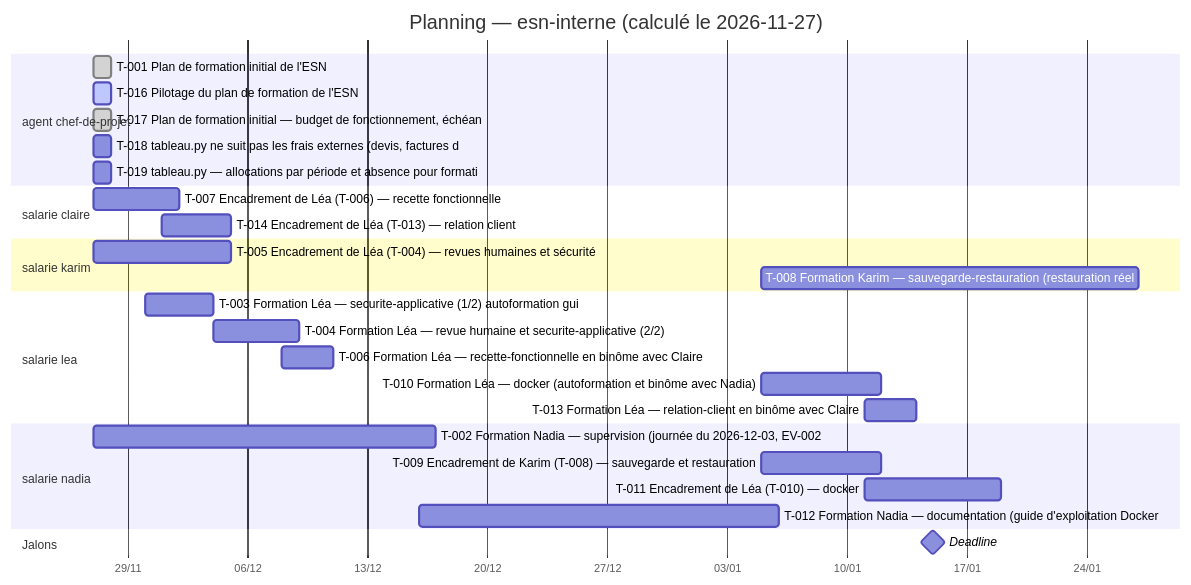
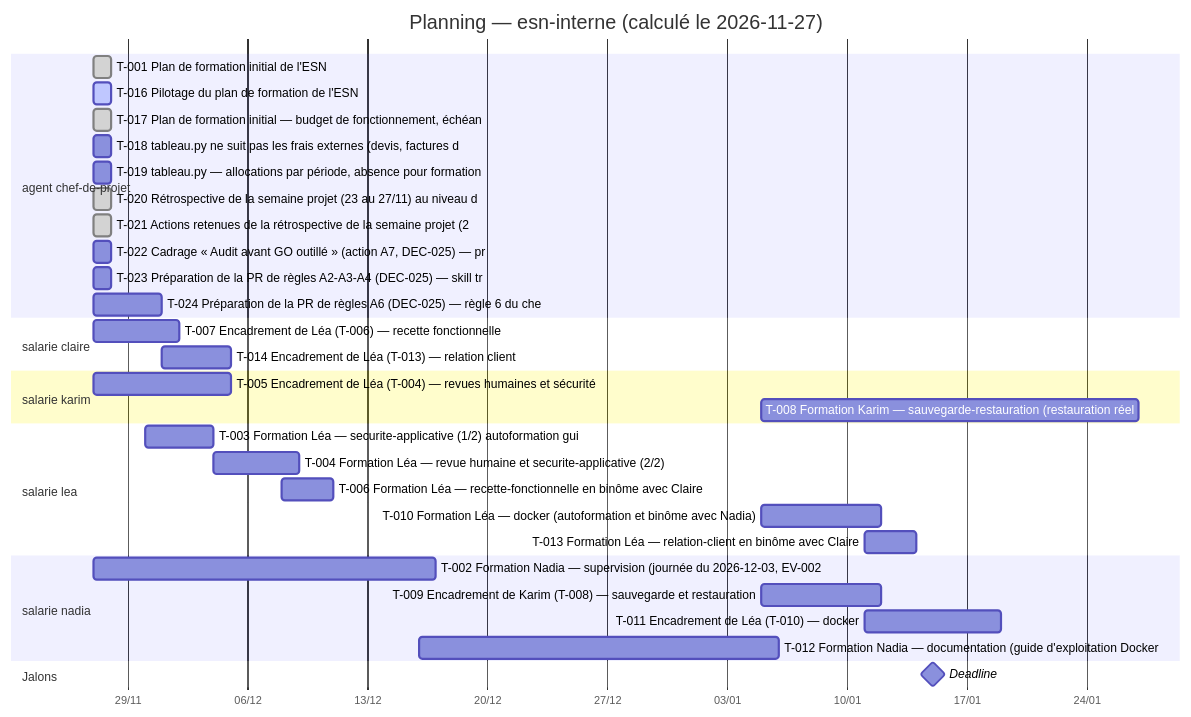
One commit to LopezMat/tpGestionProjet changed the diagram in projets/esn-interne/TABLEAU.md. Above: the diagram before and after it, drawn with Mermaid. The commit also changed other lines of this file and 21 other files, not shown here.

First line of the commit message:
esn-interne : rétrospective de la semaine (T-020, DEC-025) et arbitrage de l'audit sécurité (T-107, DEC-026)

````diff
--- a/projets/esn-interne/TABLEAU.md
+++ b/projets/esn-interne/TABLEAU.md
@@ -95,31 +95,36 @@
 ```mermaid
 gantt
     title Planning — esn-interne (calculé le 2026-11-27)
     dateFormat YYYY-MM-DD
     axisFormat %d/%m
     section agent chef-de-projet
     T-001 Plan de formation initial de l'ESN :done, t001, 2026-11-27, 2026-11-28
     T-016 Pilotage du plan de formation de l'ESN :active, t016, 2026-11-27, 2026-11-28
     T-017 Plan de formation initial — budget de fonctionnement, échéan :done, t017, 2026-11-27, 2026-11-28
     T-018 tableau.py ne suit pas les frais externes (devis, factures d :t018, 2026-11-27, 2026-11-28
-    T-019 tableau.py — allocations par période et absence pour formati :t019, 2026-11-27, 2026-11-28
+    T-019 tableau.py — allocations par période, absence pour formation :t019, 2026-11-27, 2026-11-28
+    T-020 Rétrospective de la semaine projet (23 au 27/11) au niveau d :done, t020, 2026-11-27, 2026-11-28
+    T-021 Actions retenues de la rétrospective de la semaine projet (2 :done, t021, 2026-11-27, 2026-11-28
+    T-022 Cadrage « Audit avant GO outillé » (action A7, DEC-025) — pr :t022, 2026-11-27, 2026-11-28
+    T-023 Préparation de la PR de règles A2-A3-A4 (DEC-025) — skill tr :t023, 2026-11-27, 2026-11-28
+    T-024 Préparation de la PR de règles A6 (DEC-025) — règle 6 du che :t024, 2026-11-27, 2026-12-01
     section salarie claire
     T-007 Encadrement de Léa (T-006) — recette fonctionnelle :t007, 2026-11-27, 2026-12-02
     T-014 Encadrement de Léa (T-013) — relation client :t014, 2026-12-01, 2026-12-05
     section salarie karim
     T-005 Encadrement de Léa (T-004) — revues humaines et sécurité :t005, 2026-11-27, 2026-12-05
     T-008 Formation Karim — sauvegarde-restauration (restauration réel :t008, 2027-01-05, 2027-01-27
     section salarie lea
     T-003 Formation Léa — securite-applicative (1/2) autoformation gui :t003, 2026-11-30, 2026-12-04
     T-004 Formation Léa — revue humaine et securite-applicative (2/2)  :t004, 2026-12-04, 2026-12-09
     T-006 Formation Léa — recette-fonctionnelle en binôme avec Claire :t006, 2026-12-08, 2026-12-11
     T-010 Formation Léa — docker (autoformation et binôme avec Nadia) :t010, 2027-01-05, 2027-01-12
     T-013 Formation Léa — relation-client en binôme avec Claire :t013, 2027-01-11, 2027-01-14
     section salarie nadia
     T-002 Formation Nadia — supervision (journée du 2026-12-03, EV-002 :t002, 2026-11-27, 2026-12-17
     T-009 Encadrement de Karim (T-008) — sauvegarde et restauration :t009, 2027-01-05, 2027-01-12
     T-011 Encadrement de Léa (T-010) — docker :t011, 2027-01-11, 2027-01-19
     T-012 Formation Nadia — documentation (guide d'exploitation Docker :t012, 2026-12-16, 2027-01-06
     section Jalons
     Deadline :milestone, deadline, 2027-01-15, 0d
 ```
````
